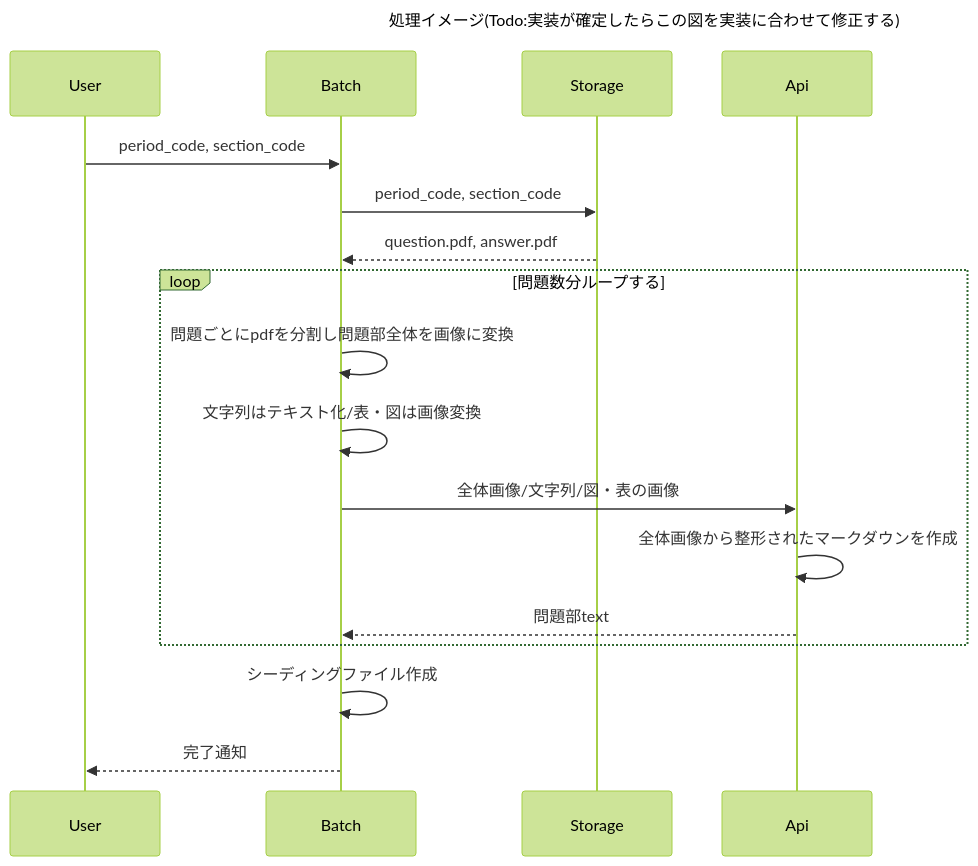
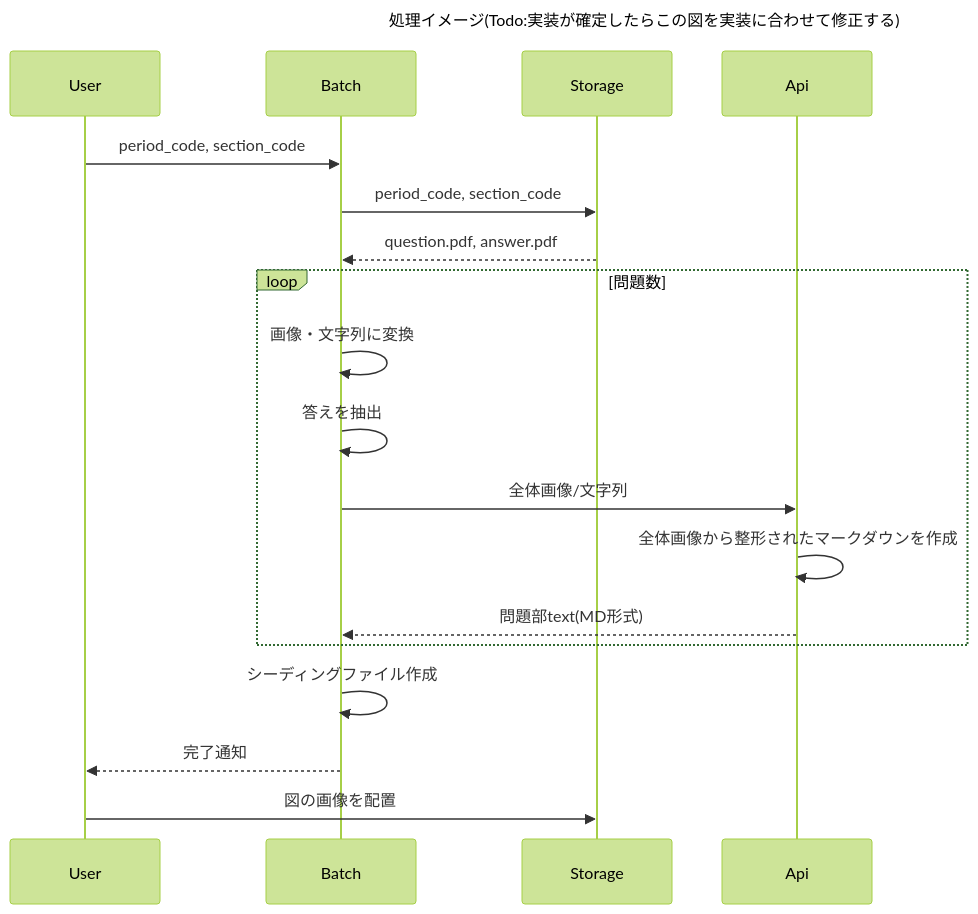
The diagram in docs/v0/s3_basic_design.md (yutomoritajp/kakomon), drawn with Mermaid (forest theme) before and after one commit. The commit also changed other lines of this file and 3 other files, not shown here.

````diff
--- a/docs/v0/s3_basic_design.md
+++ b/docs/v0/s3_basic_design.md
@@ -24,24 +26,24 @@
 ```mermaid
 ---
 title: 処理イメージ(Todo:実装が確定したらこの図を実装に合わせて修正する)
 ---
 sequenceDiagram
 participant User
 participant Batch
 participant Storage
 participant Api
 
 User ->> Batch: period_code, section_code
 Batch ->> Storage: period_code, section_code
 Storage -->> Batch: question.pdf, answer.pdf
-loop 問題数分ループする
-Batch ->> Batch: 問題ごとにpdfを分割し問題部全体を画像に変換
-Batch ->> Batch: 文字列はテキスト化/表・図は画像変換
-Batch ->> Api: 全体画像/文字列/図・表の画像
+loop 問題数
+Batch ->> Batch: 画像・文字列に変換
+Batch ->> Batch: 答えを抽出
+Batch ->> Api: 全体画像/文字列
 Api ->> Api: 全体画像から整形されたマークダウンを作成
-Api -->> Batch: 問題部text
+Api -->> Batch: 問題部text(MD形式)
 end
 Batch ->> Batch: シーディングファイル作成
 Batch -->> User: 完了通知
-
+User ->> Storage: 図の画像を配置
 ```
````
